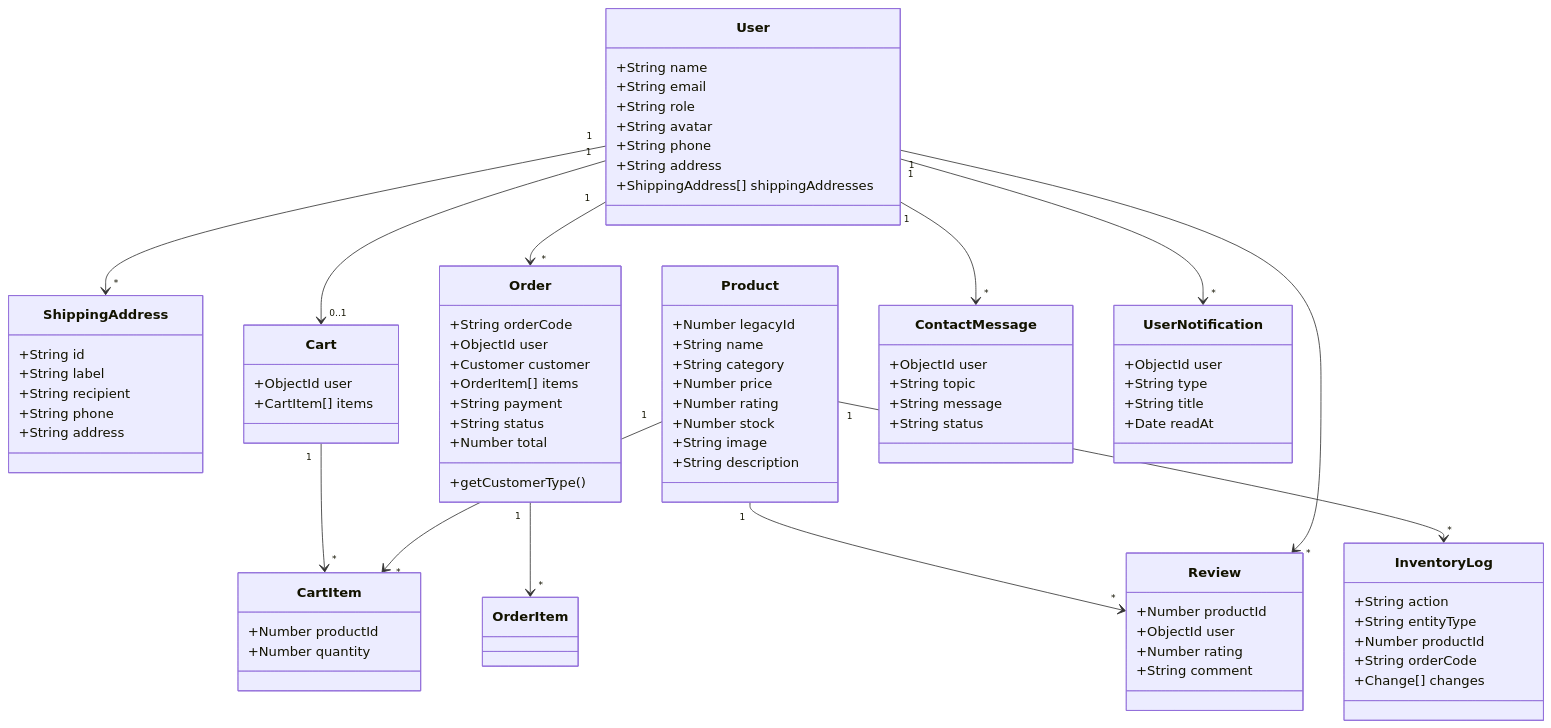
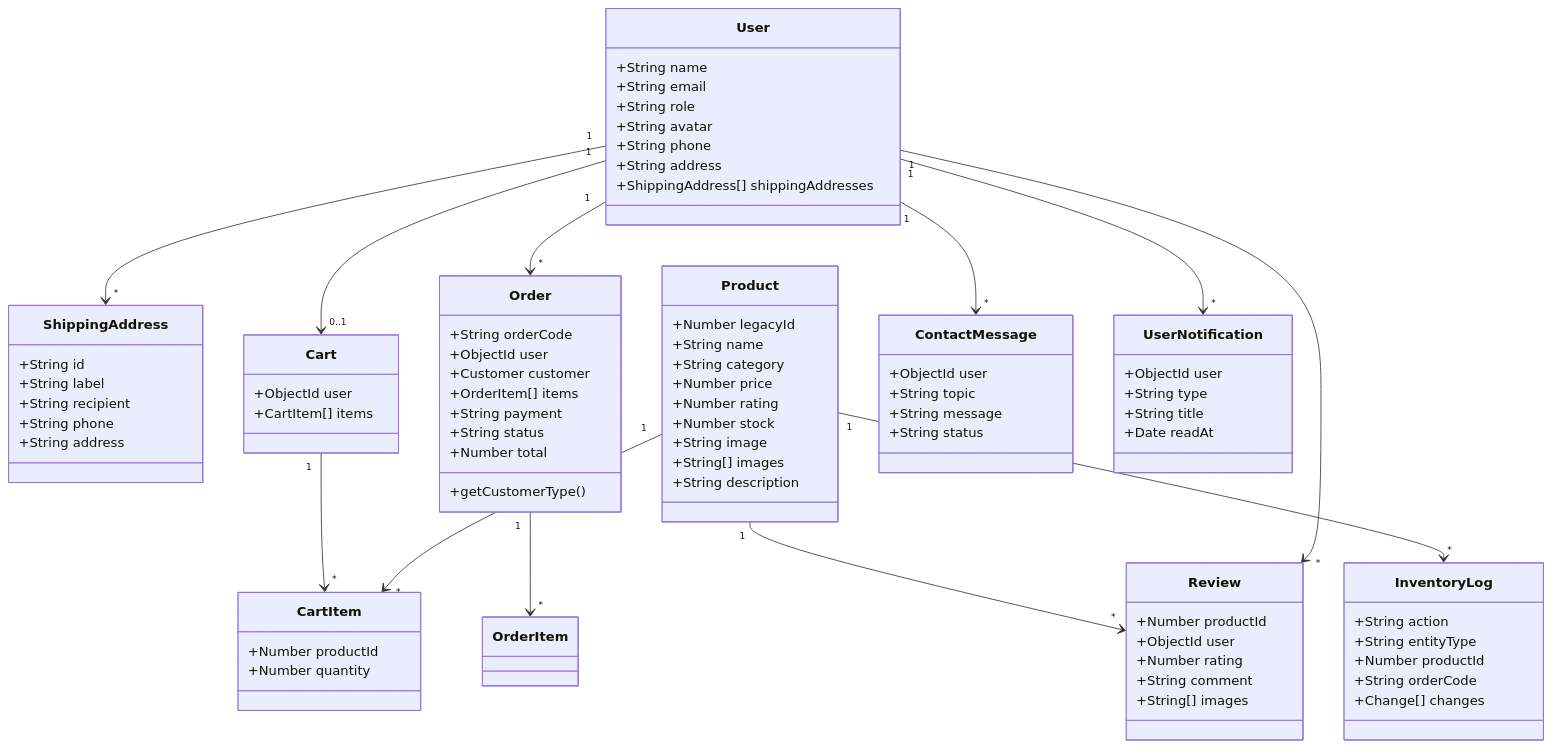
Before and after one commit to lequyet2001/SomeThing: the third of 9 diagrams in docs/bao-cao-phan-tich-thiet-ke-he-thong.md, drawn with Mermaid. The commit also changed other lines of this file and 31 other files, not shown here.

```diff
--- a/docs/bao-cao-phan-tich-thiet-ke-he-thong.md
+++ b/docs/bao-cao-phan-tich-thiet-ke-he-thong.md
@@ -675,6 +678,7 @@
     +Number rating
     +Number stock
     +String image
+    +String[] images
     +String description
   }
   class Cart {
@@ -700,6 +704,7 @@
     +ObjectId user
     +Number rating
     +String comment
+    +String[] images
   }
   class ContactMessage {
     +ObjectId user
```
